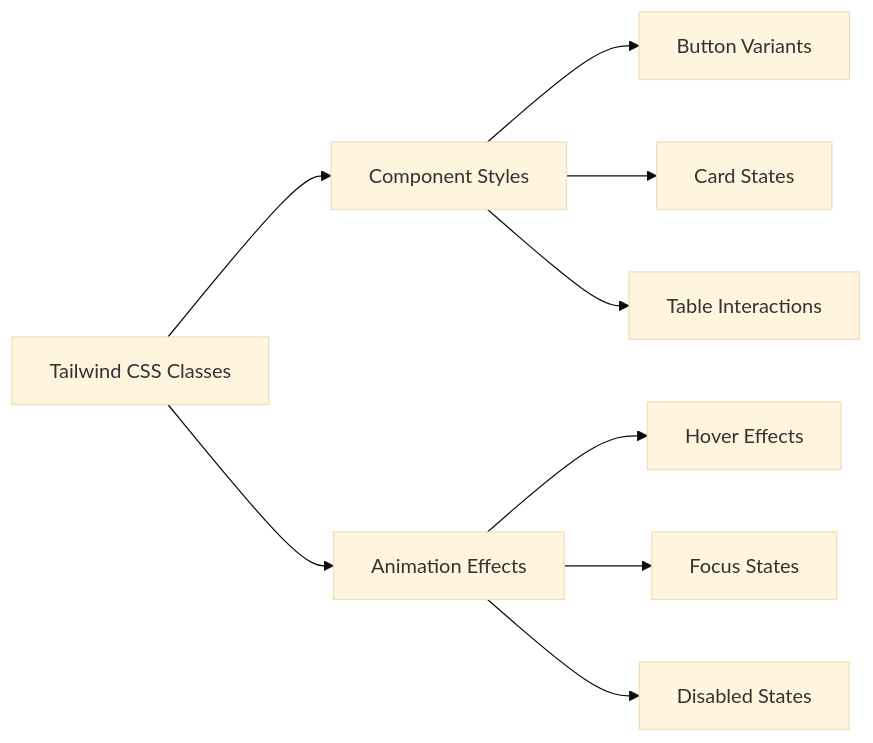
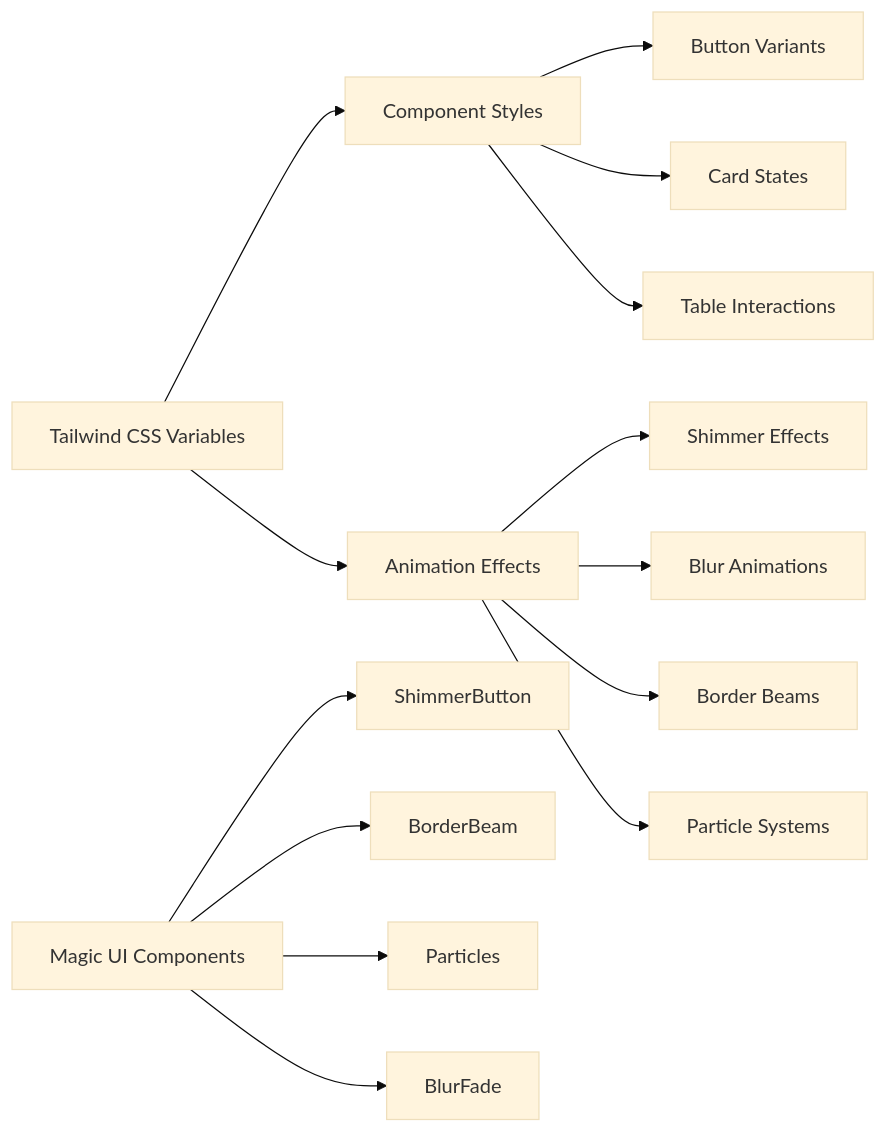
The fourth of 6 diagrams in .qoder/repowiki/en/content/Frontend Architecture/UI_UX Refactor Design Document.md (PA-Penajam/kepegawaian_apps), drawn with Mermaid (base theme) before and after one commit. The commit also changed other lines of this file and 13 other files, not shown here.

````diff
--- a/.qoder/repowiki/en/content/Frontend Architecture/UI_UX Refactor Design Document.md
+++ b/.qoder/repowiki/en/content/Frontend Architecture/UI_UX Refactor Design Document.md
@@ -222,11 +260,16 @@
 ```mermaid
 graph LR
-A[Tailwind CSS Classes] --> B[Component Styles]
+A[Tailwind CSS Variables] --> B[Component Styles]
 A --> C[Animation Effects]
 B --> D[Button Variants]
 B --> E[Card States]
 B --> F[Table Interactions]
-C --> G[Hover Effects]
-C --> H[Focus States]
-C --> I[Disabled States]
+C --> G[Shimmer Effects]
+C --> H[Blur Animations]
+C --> I[Border Beams]
+C --> J[Particle Systems]
+K[Magic UI Components] --> L[ShimmerButton]
+K --> M[BorderBeam]
+K --> N[Particles]
+K --> O[BlurFade]
 ```
````
